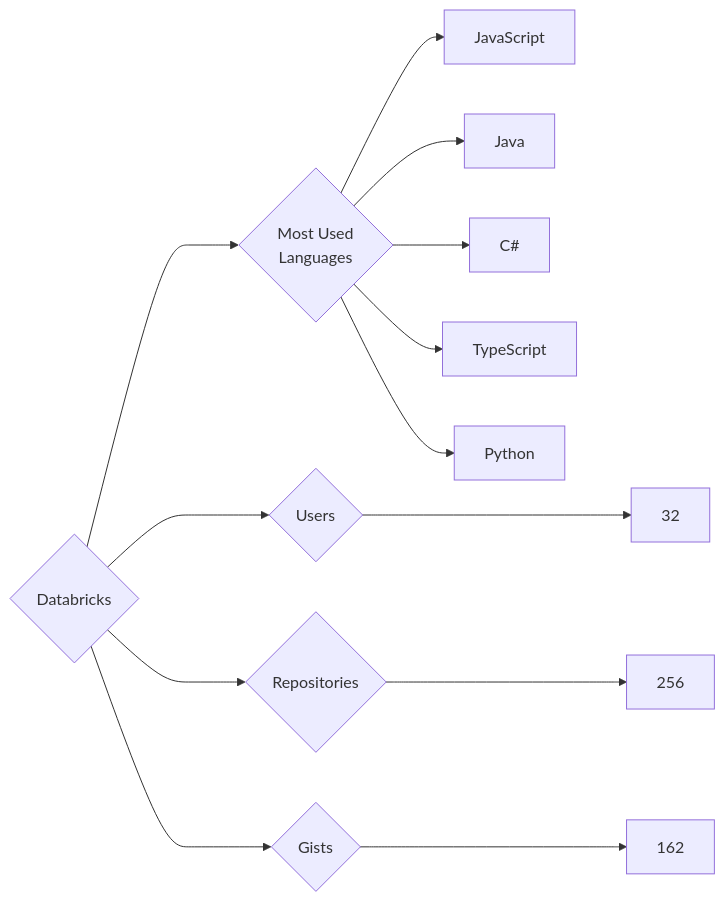
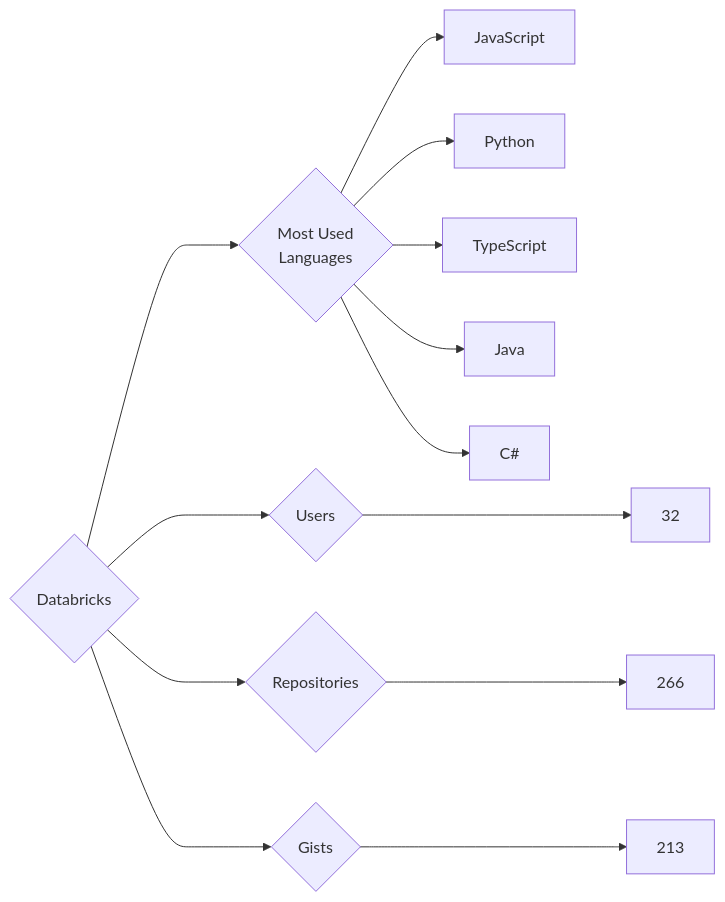
One commit to trickest/insiders changed the diagram in targets/Databricks/README.md. Above: the diagram before and after it, drawn with Mermaid. The commit also changed 786 other files, not shown here.

````diff
--- a/targets/Databricks/README.md
+++ b/targets/Databricks/README.md
@@ -3,13 +3,13 @@
 ```mermaid
 graph LR
 COMPANY_NAME{Databricks}
 COMPANY_NAME ---> U{Users} ---> UN[32]
-COMPANY_NAME ---> R{Repositories} ---> RN[256]
-COMPANY_NAME ---> G{Gists} ---> GN[162]
+COMPANY_NAME ---> R{Repositories} ---> RN[266]
+COMPANY_NAME ---> G{Gists} ---> GN[213]
 COMPANY_NAME ---> ML{Most Used<br>Languages}
 ML --> JavaScript[JavaScript]
+ML --> Python[Python]
+ML --> TypeScript[TypeScript]
 ML --> Java[Java]
 ML --> C#[C#]
-ML --> TypeScript[TypeScript]
-ML --> Python[Python]
 ```
````
